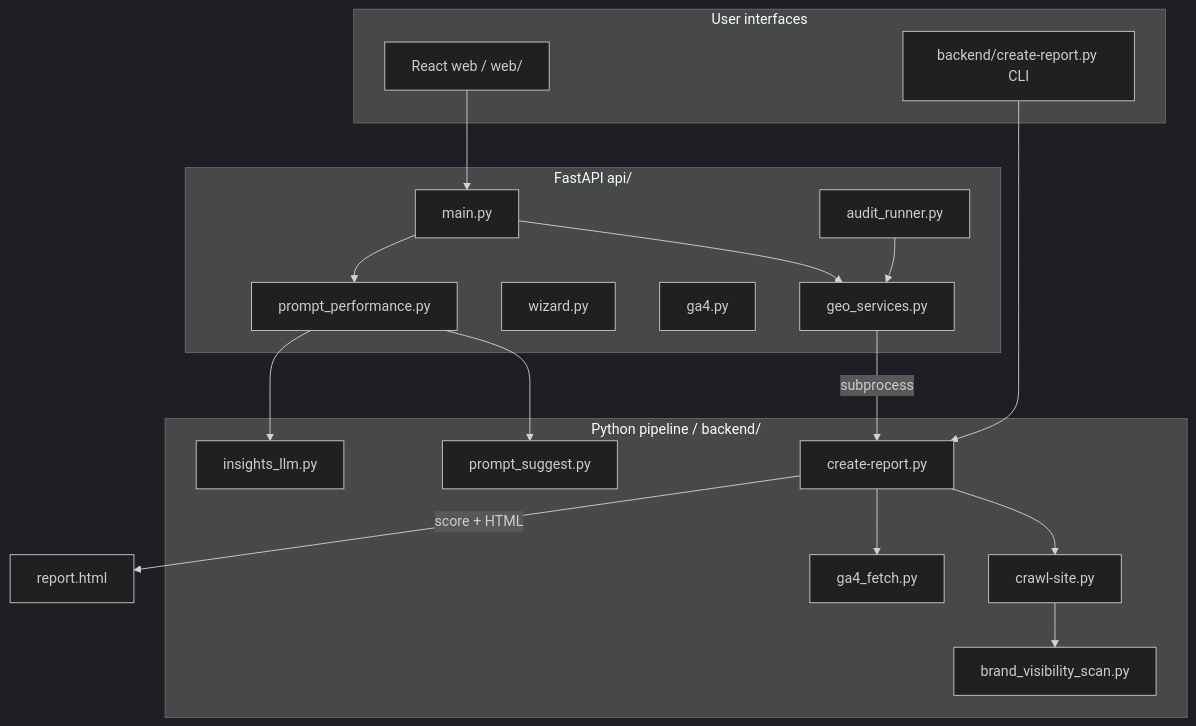
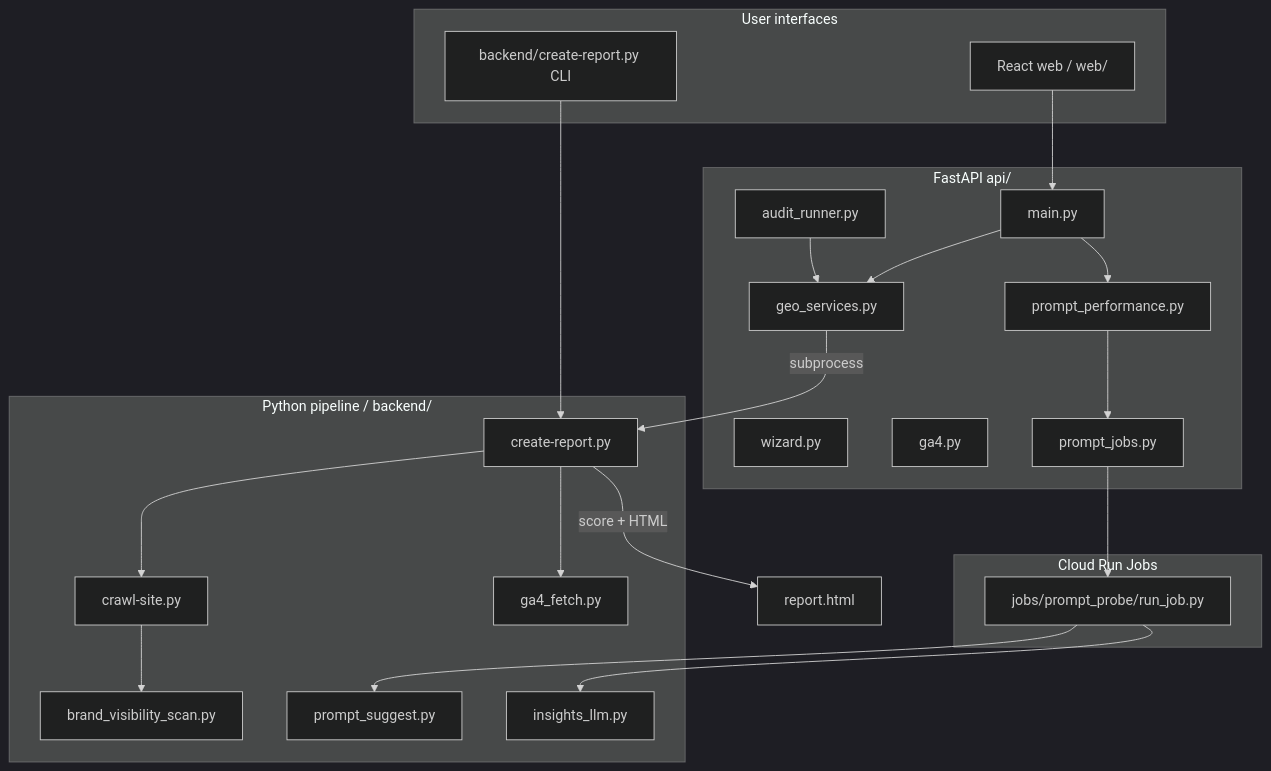
Before and after one commit to MightyHive/geo-tool: the diagram in docs/ARCHITECTURE.md, drawn with Mermaid (dark theme). The commit also changed other lines of this file and 269 other files, not shown here.

````diff
--- a/docs/ARCHITECTURE.md
+++ b/docs/ARCHITECTURE.md
@@ -9,38 +9,45 @@
 ```mermaid
 flowchart TB
   subgraph ui [User interfaces]
     Web[React web / web/]
     CLI[backend/create-report.py CLI]
   end
 
   subgraph api [FastAPI api/]
     Main[main.py]
     Geo[geo_services.py]
     Runner[audit_runner.py]
     Wizard[wizard.py]
     GA4[ga4.py]
     Probes[prompt_performance.py]
+    PromptJobs[prompt_jobs.py]
+  end
+
+  subgraph jobs [Cloud Run Jobs]
+    ProbeWorker[jobs/prompt_probe/run_job.py]
   end
 
   subgraph core [Python pipeline / backend/]
     CR[create-report.py]
     Crawl[crawl-site.py]
     GA4F[ga4_fetch.py]
     Brand[brand_visibility_scan.py]
     Prompt[prompt_suggest.py]
     Insights[insights_llm.py]
   end
 
   Web --> Main
   CLI --> CR
   Main --> Geo
   Geo -->|subprocess| CR
   Runner --> Geo
   CR --> Crawl
   CR --> GA4F
   Crawl --> Brand
   Main --> Probes
-  Probes --> Prompt
-  Probes --> Insights
+  Probes --> PromptJobs
+  PromptJobs --> ProbeWorker
+  ProbeWorker --> Prompt
+  ProbeWorker --> Insights
   CR -->|score + HTML| Report[report.html]
 ```
````
